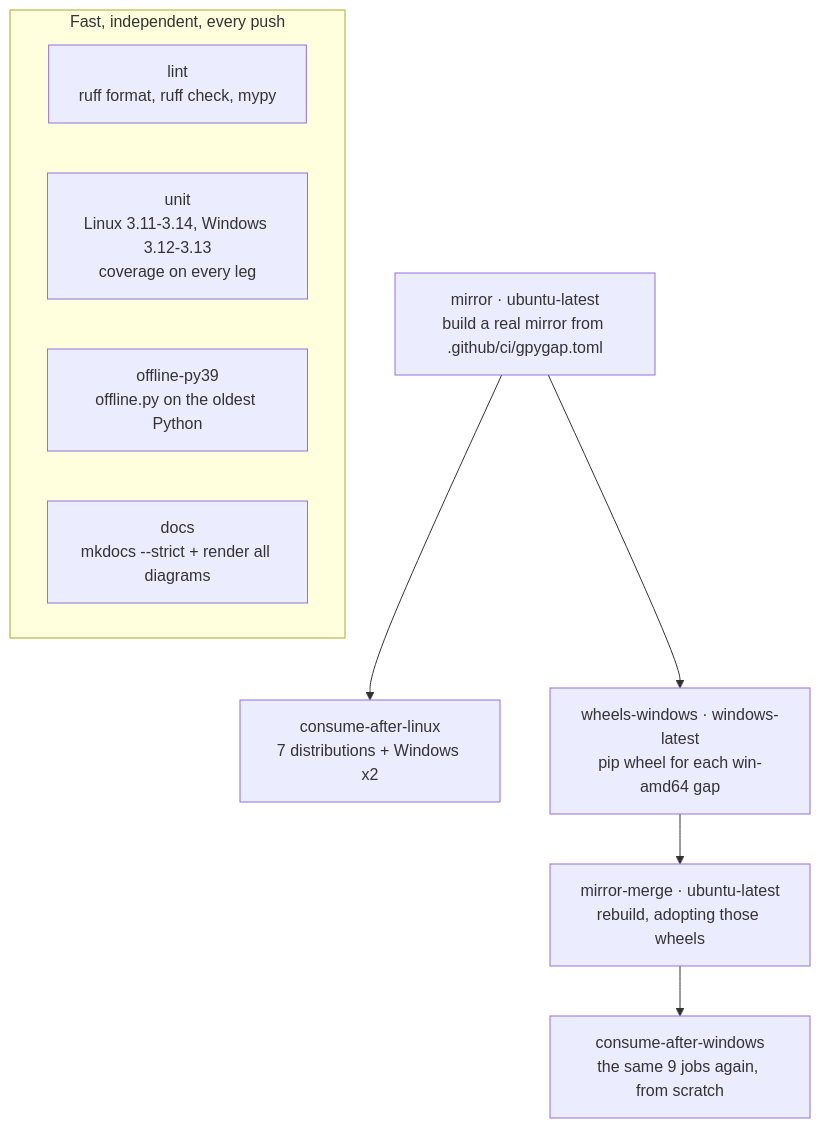
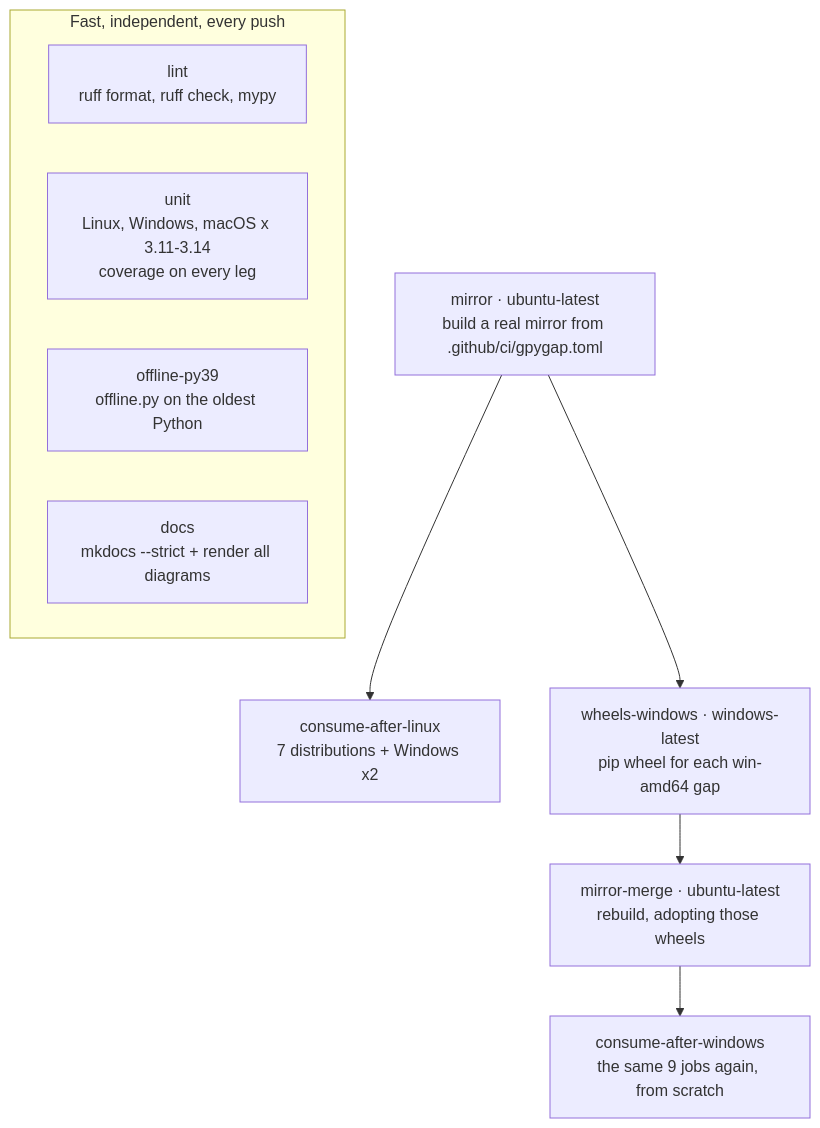
One commit to FPGArtktic/gpygap changed the first of 3 diagrams in docs/ci.md. Above: the diagram before and after it, drawn with Mermaid. The commit also changed other lines of this file and 1 other file, not shown here.

First line of the commit message:
docs: say where the unit suite runs, and what that does not mean

````diff
--- a/docs/ci.md
+++ b/docs/ci.md
@@ -14,14 +14,14 @@
 ```mermaid
 flowchart TD
     subgraph fast["Fast, independent, every push"]
         L["lint<br/>ruff format, ruff check, mypy"]
-        U["unit<br/>Linux 3.11-3.14, Windows 3.12-3.13<br/>coverage on every leg"]
+        U["unit<br/>Linux, Windows, macOS x 3.11-3.14<br/>coverage on every leg"]
         O["offline-py39<br/>offline.py on the oldest Python"]
         D["docs<br/>mkdocs --strict + render all diagrams"]
     end
     M["mirror · ubuntu-latest<br/>build a real mirror from .github/ci/gpygap.toml"]
     M --> CA["consume-after-linux<br/>7 distributions + Windows x2"]
     M --> W["wheels-windows · windows-latest<br/>pip wheel for each win-amd64 gap"]
     W --> MM["mirror-merge · ubuntu-latest<br/>rebuild, adopting those wheels"]
     MM --> CB["consume-after-windows<br/>the same 9 jobs again, from scratch"]
 ```
````
